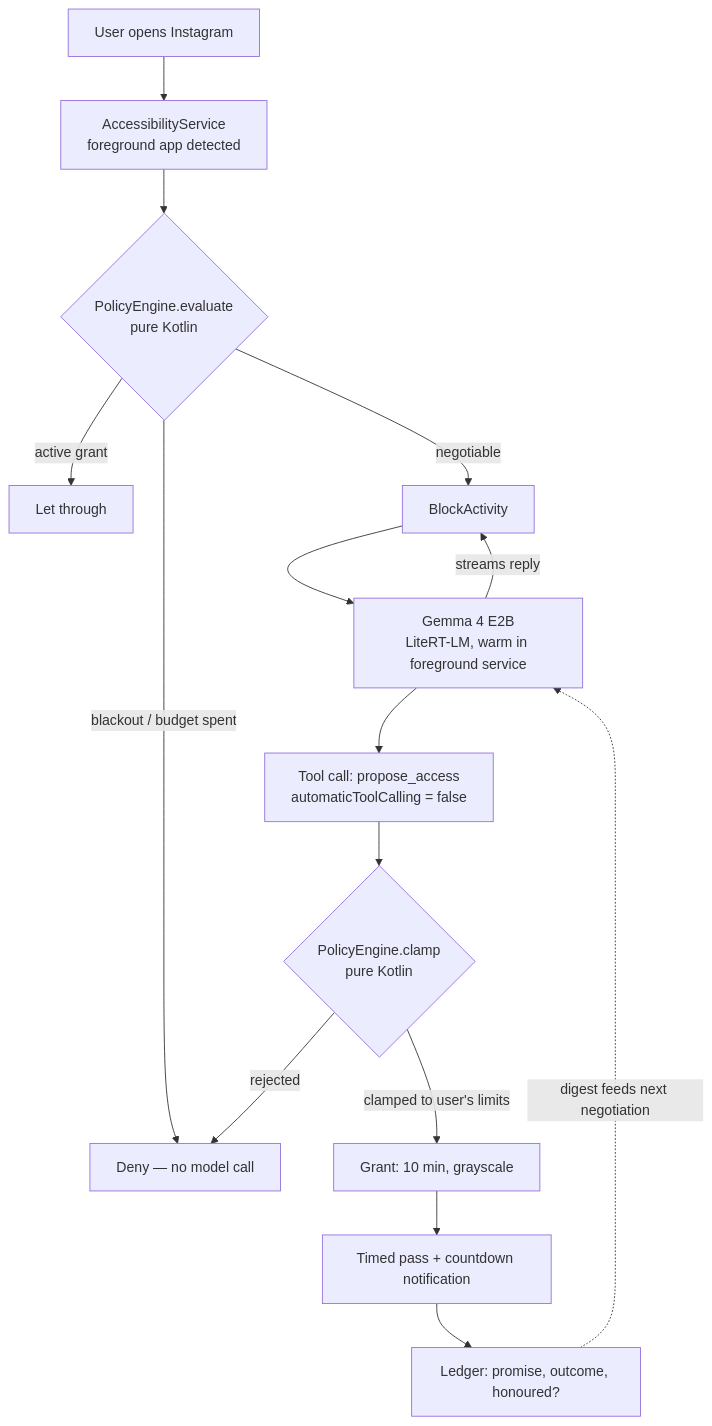
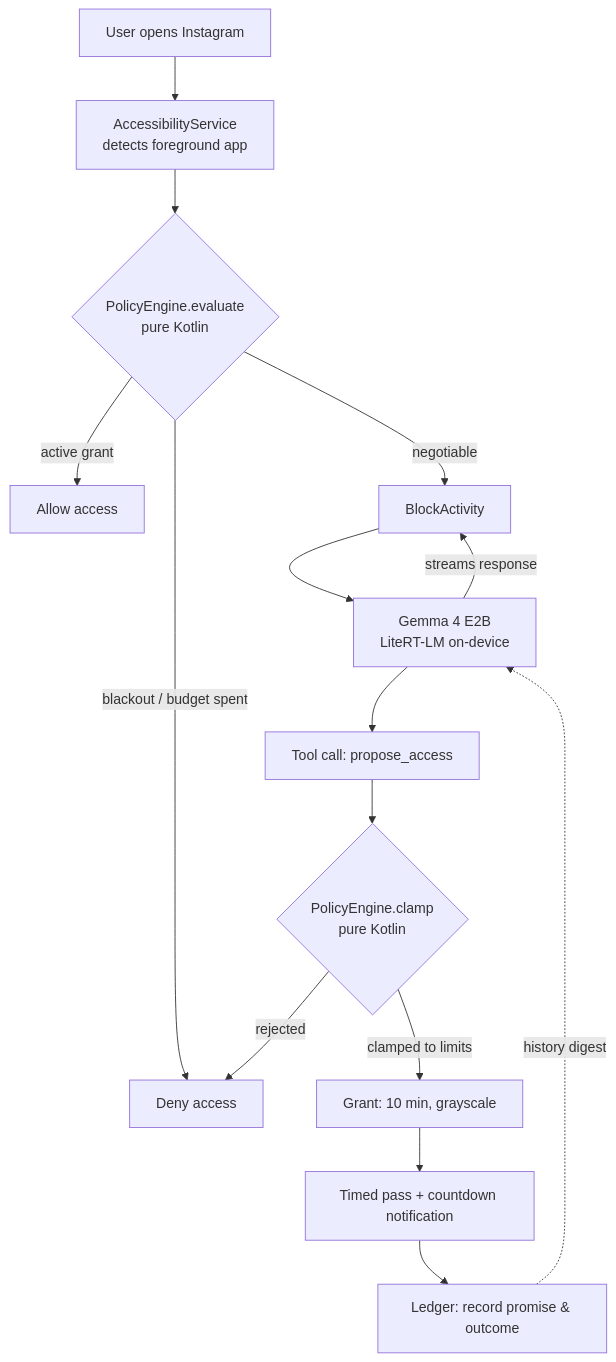
One commit to lukataylo/imperial-gemini-hackathon26 changed the diagram in README.md. Above: the diagram before and after it, drawn with Mermaid. The commit also changed other lines of this file, not shown here.

Commit message:
docs: update README with project overview and architecture

````diff
--- a/README.md
+++ b/README.md
@@ -17,17 +21,17 @@
 ```mermaid
 flowchart TD
-    A[User opens Instagram] --> B[AccessibilityService<br/>foreground app detected]
+    A[User opens Instagram] --> B[AccessibilityService<br/>detects foreground app]
     B --> C{PolicyEngine.evaluate<br/>pure Kotlin}
-    C -->|active grant| Z[Let through]
-    C -->|blackout / budget spent| D[Deny — no model call]
+    C -->|active grant| Z[Allow access]
+    C -->|blackout / budget spent| D[Deny access]
     C -->|negotiable| E[BlockActivity]
-    E --> F[Gemma 4 E2B<br/>LiteRT-LM, warm in foreground service]
-    F -->|streams reply| E
-    F --> G[Tool call: propose_access<br/>automaticToolCalling = false]
+    E --> F[Gemma 4 E2B<br/>LiteRT-LM on-device]
+    F -->|streams response| E
+    F --> G[Tool call: propose_access]
     G --> H{PolicyEngine.clamp<br/>pure Kotlin}
-    H -->|clamped to user's limits| I[Grant: 10 min, grayscale]
+    H -->|clamped to limits| I[Grant: 10 min, grayscale]
     H -->|rejected| D
     I --> J[Timed pass + countdown notification]
-    J --> K[Ledger: promise, outcome, honoured?]
-    K -.->|digest feeds next negotiation| F
+    J --> K[Ledger: record promise & outcome]
+    K -.->|history digest| F
 ```
````
